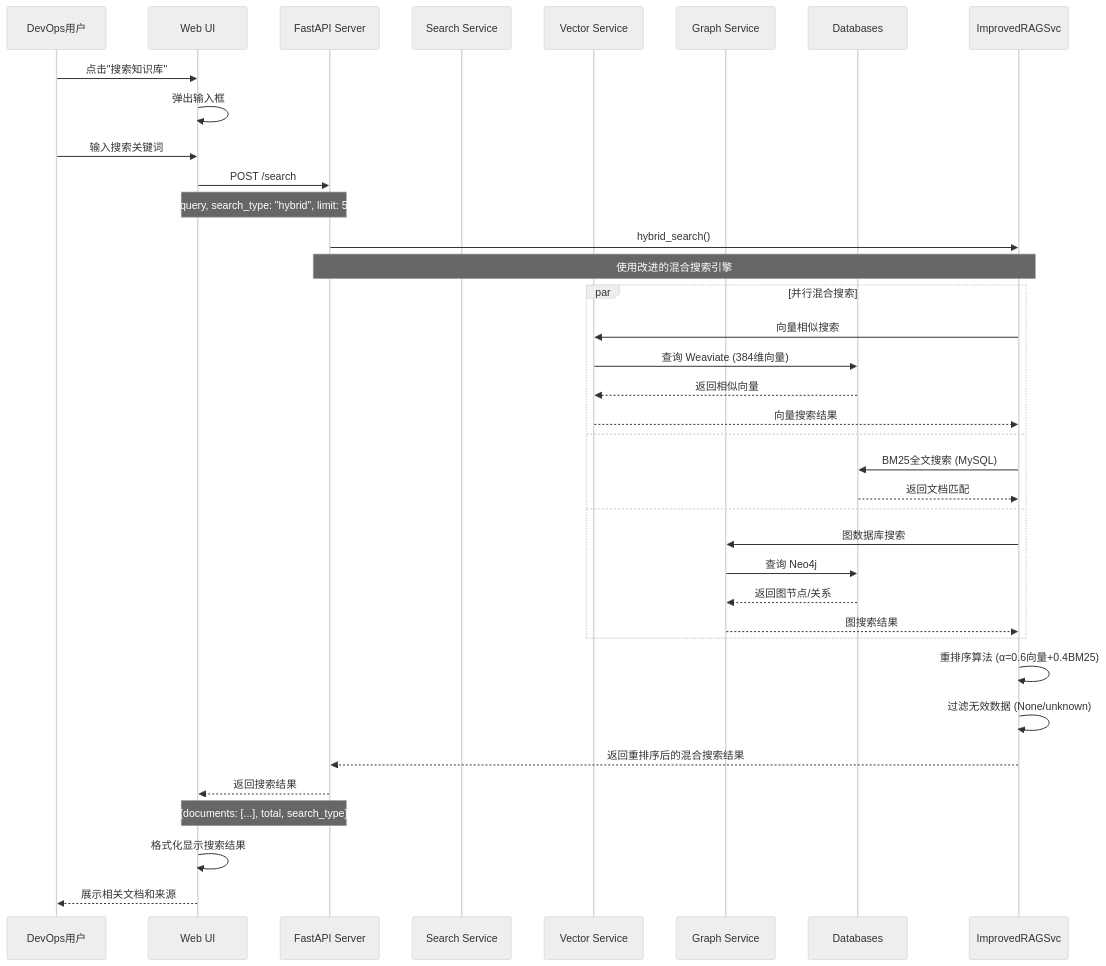
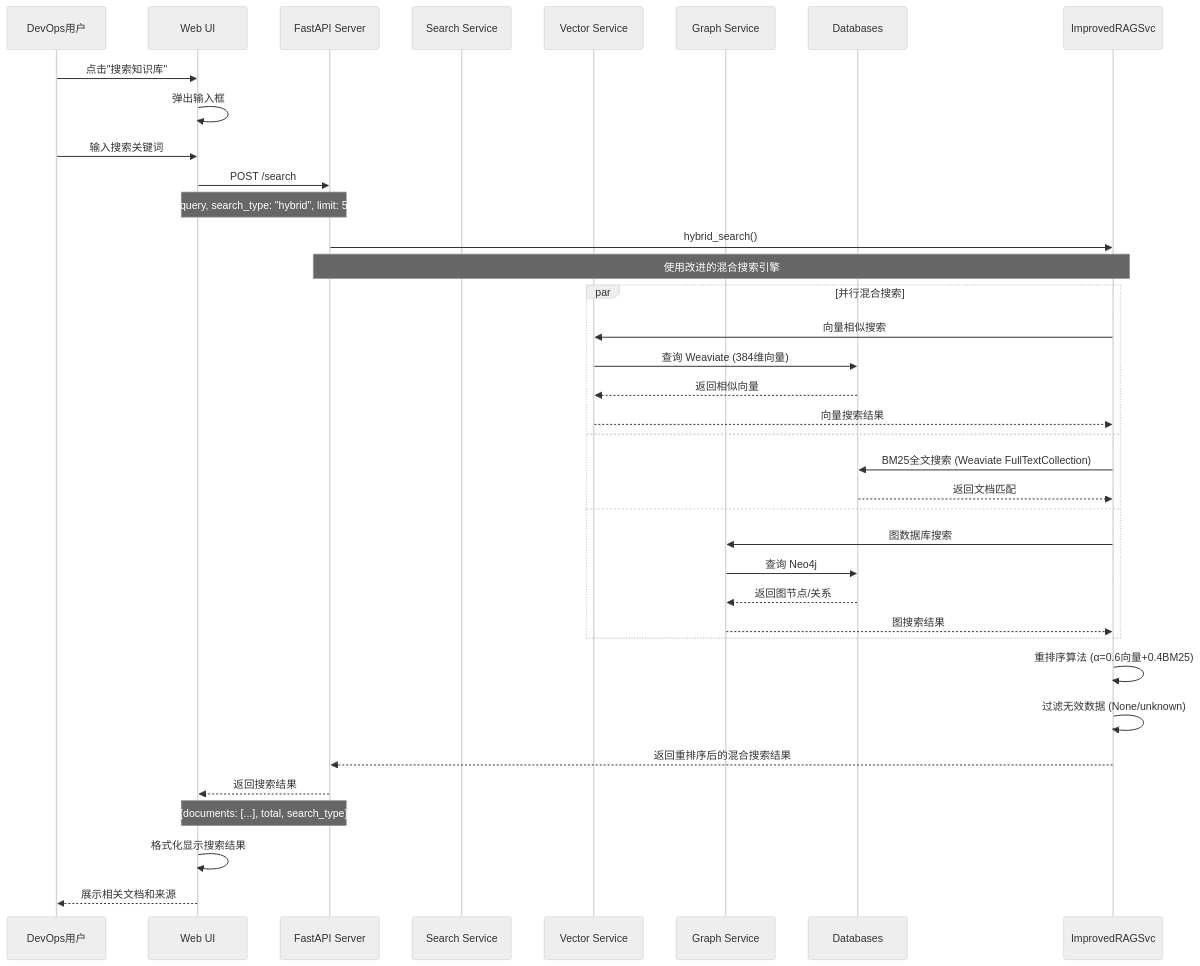
Before and after one commit to pkusnail/AIOpsPolaris: the fifth of 7 diagrams in docs/system-interaction-flow.md, drawn with Mermaid (neutral theme). The commit also changed other lines of this file and 4 other files, not shown here.

First line of the commit message:
fix(docs): correct Weaviate BM25 implementation and complete Collection schemas

````diff
--- a/docs/system-interaction-flow.md
+++ b/docs/system-interaction-flow.md
@@ -243,45 +243,45 @@
 ```mermaid
 sequenceDiagram
     participant User as DevOps用户
     participant WebUI as Web UI
     participant API as FastAPI Server
     participant SearchSvc as Search Service
     participant VectorSvc as Vector Service
     participant GraphSvc as Graph Service
     participant DB as Databases
     
     User->>WebUI: 点击"搜索知识库"
     WebUI->>WebUI: 弹出输入框
     User->>WebUI: 输入搜索关键词
     
     WebUI->>API: POST /search
     Note over WebUI,API: {query, search_type: "hybrid", limit: 5}
     
     API->>ImprovedRAGSvc: hybrid_search()
     Note over API,ImprovedRAGSvc: 使用改进的混合搜索引擎
     
     par 并行混合搜索
         ImprovedRAGSvc->>VectorSvc: 向量相似搜索
         VectorSvc->>DB: 查询 Weaviate (384维向量)
         DB-->>VectorSvc: 返回相似向量
         VectorSvc-->>ImprovedRAGSvc: 向量搜索结果
     and
-        ImprovedRAGSvc->>DB: BM25全文搜索 (MySQL)
+        ImprovedRAGSvc->>DB: BM25全文搜索 (Weaviate FullTextCollection)
         DB-->>ImprovedRAGSvc: 返回文档匹配
     and
         ImprovedRAGSvc->>GraphSvc: 图数据库搜索
         GraphSvc->>DB: 查询 Neo4j
         DB-->>GraphSvc: 返回图节点/关系
         GraphSvc-->>ImprovedRAGSvc: 图搜索结果
     end
     
     ImprovedRAGSvc->>ImprovedRAGSvc: 重排序算法 (α=0.6向量+0.4BM25)
     ImprovedRAGSvc->>ImprovedRAGSvc: 过滤无效数据 (None/unknown)
     ImprovedRAGSvc-->>API: 返回重排序后的混合搜索结果
     
     API-->>WebUI: 返回搜索结果
     Note over API,WebUI: {documents: [...], total, search_type}
     
     WebUI->>WebUI: 格式化显示搜索结果
     WebUI-->>User: 展示相关文档和来源
 ```
````
